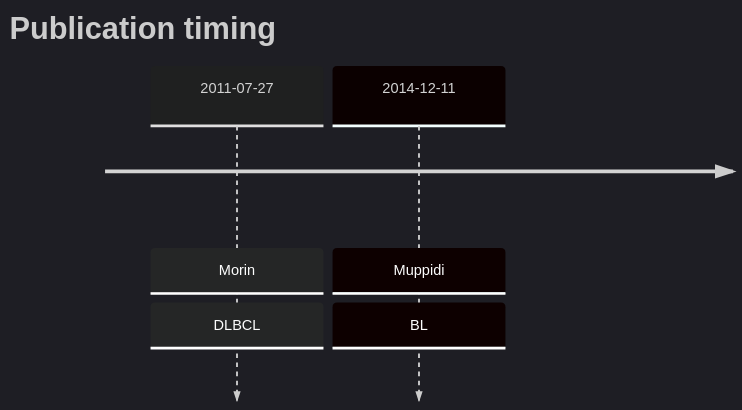
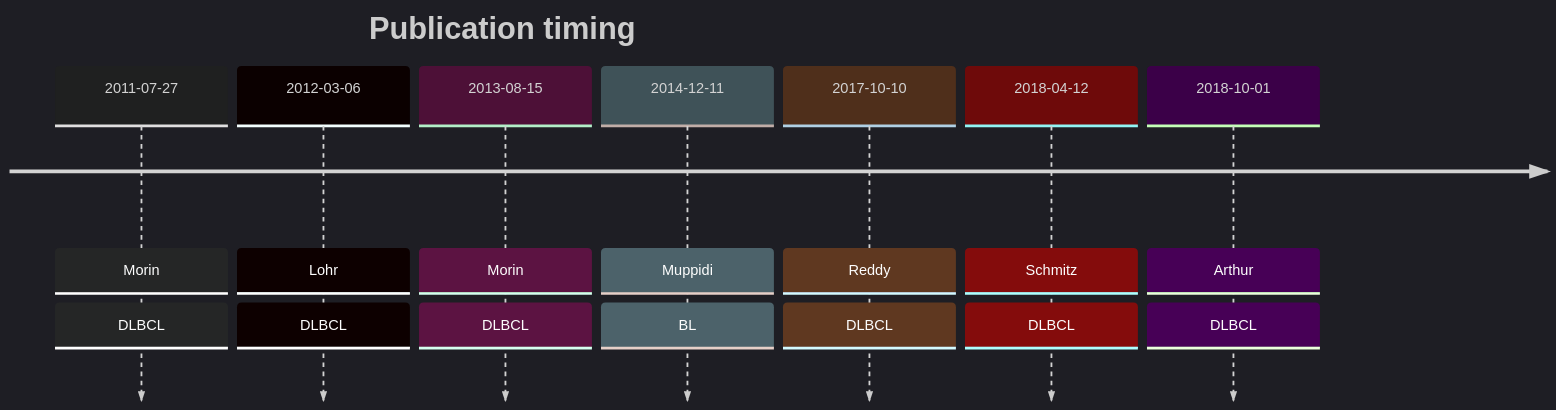
The diagram in S1PR2.md (morinlab/lymphopedia), drawn with Mermaid before and after one commit. The commit also changed other lines of this file, not shown here.

Commit message:
update tables

````diff
--- a/S1PR2.md
+++ b/S1PR2.md
@@ -12,7 +12,13 @@
 ```mermaid
 %%{init: { 'logLevel': 'debug', 'theme': 'dark' } }%%
 timeline
     title Publication timing
-      2011-07-27 : Morin : DLBCL
-      2014-12-11 : Muppidi : BL
+2011-07-27 : Morin : DLBCL
+2012-03-06 : Lohr : DLBCL
+2013-08-15 : Morin : DLBCL
+2014-12-11 : Muppidi : BL
+2017-10-10 : Reddy : DLBCL
+2018-04-12 : Schmitz : DLBCL
+2018-10-01 : Arthur : DLBCL
+      
 ```
````
